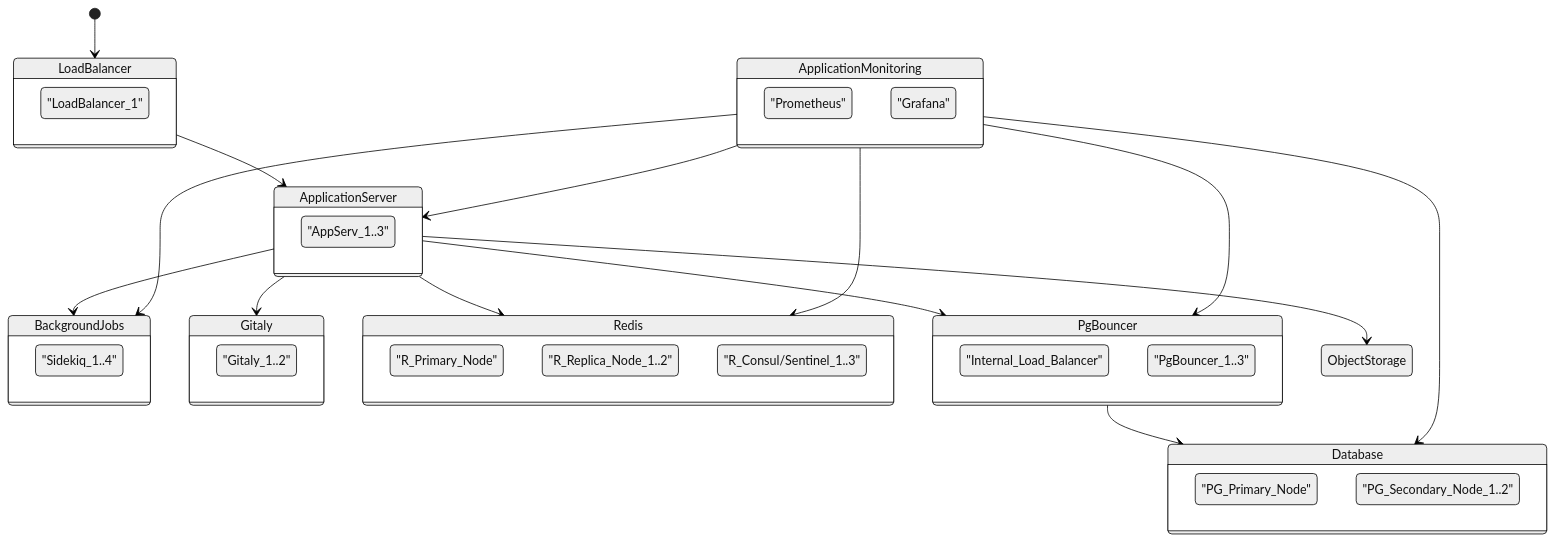
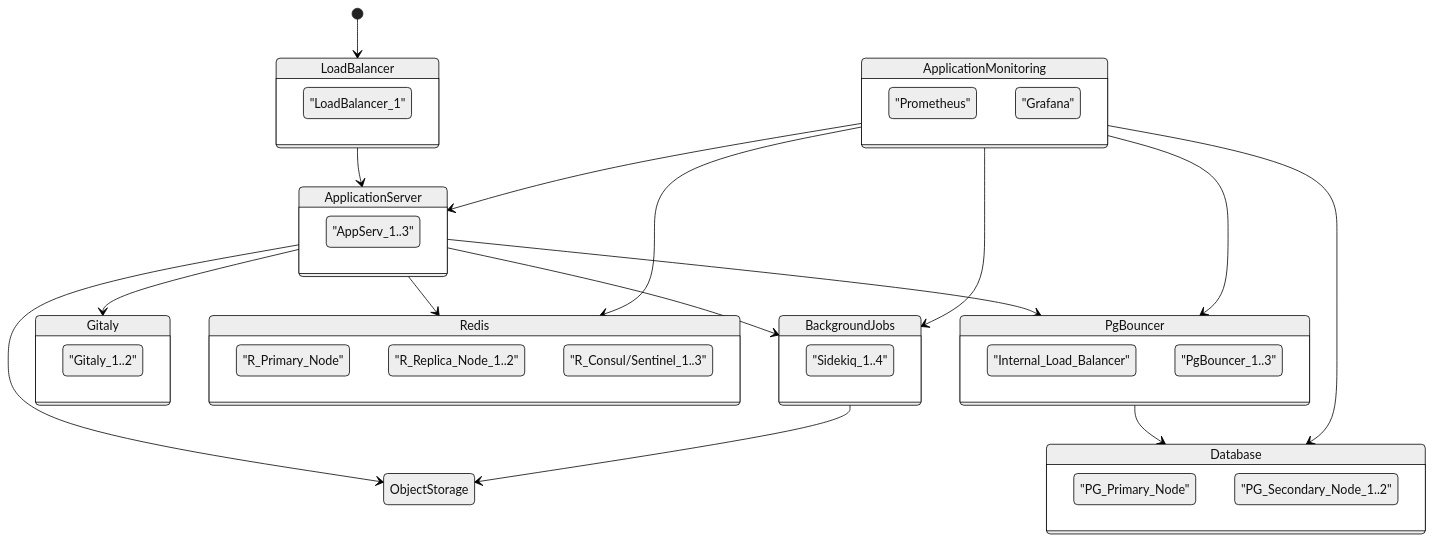
Before and after one commit to mehulagg/gitlab: the diagram in doc/administration/reference_architectures/5k_users.md, drawn with Mermaid (neutral theme).

Commit message:
Apply 1 suggestion(s) to 1 file(s)

````diff
--- a/doc/administration/reference_architectures/5k_users.md
+++ b/doc/administration/reference_architectures/5k_users.md
@@ -40,55 +40,56 @@
 ```mermaid
 stateDiagram-v2
     [*] --> LoadBalancer
     LoadBalancer --> ApplicationServer
 
     ApplicationServer --> BackgroundJobs
     ApplicationServer --> Gitaly
     ApplicationServer --> Redis
     ApplicationServer --> PgBouncer
     PgBouncer --> Database
     ApplicationServer --> ObjectStorage
+    BackgroundJobs --> ObjectStorage
 
     ApplicationMonitoring -->ApplicationServer
     ApplicationMonitoring -->Redis
     ApplicationMonitoring -->PgBouncer
     ApplicationMonitoring -->Database
     ApplicationMonitoring -->BackgroundJobs
 
     state Database {
       "PG_Primary_Node"
       "PG_Secondary_Node_1..2"
     }
     state Redis {
       "R_Primary_Node"
       "R_Replica_Node_1..2"
       "R_Consul/Sentinel_1..3"
     }
 
     state Gitaly {
       "Gitaly_1..2"
     }
 
     state BackgroundJobs {
       "Sidekiq_1..4"
     }
 
     state ApplicationServer {
       "AppServ_1..3"
     }
 
     state LoadBalancer {
       "LoadBalancer_1"
     }
 
     state ApplicationMonitoring {
       "Prometheus"
       "Grafana"
     }
 
     state PgBouncer {
       "Internal_Load_Balancer"
       "PgBouncer_1..3"
 
     }
 ```
````
